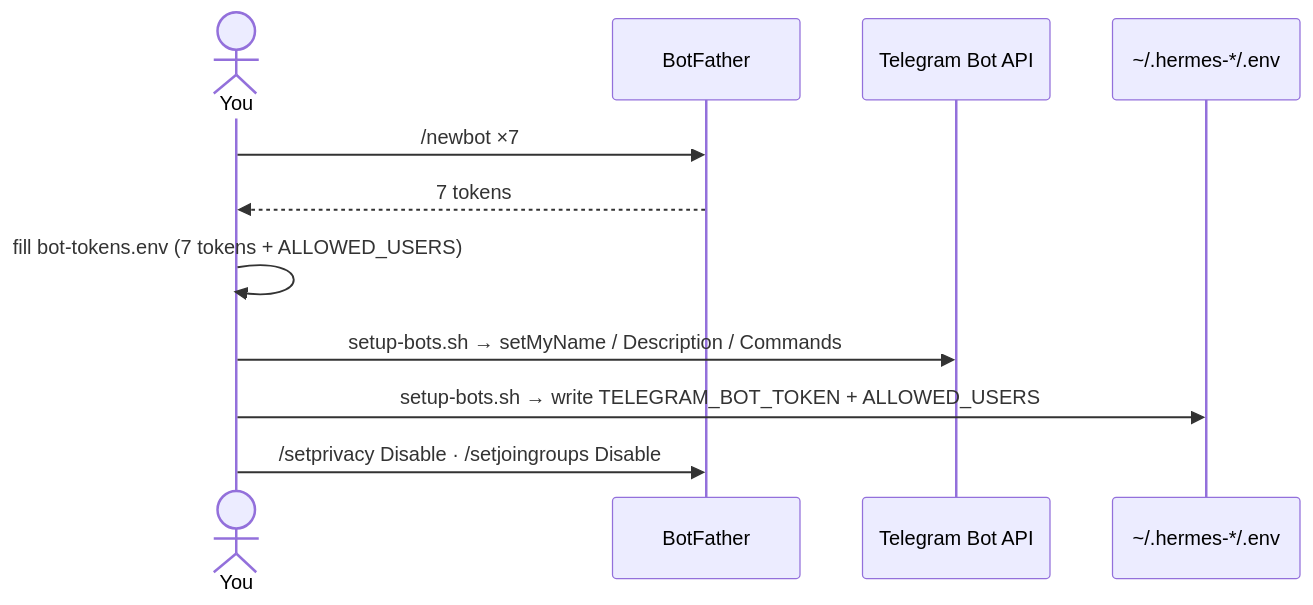
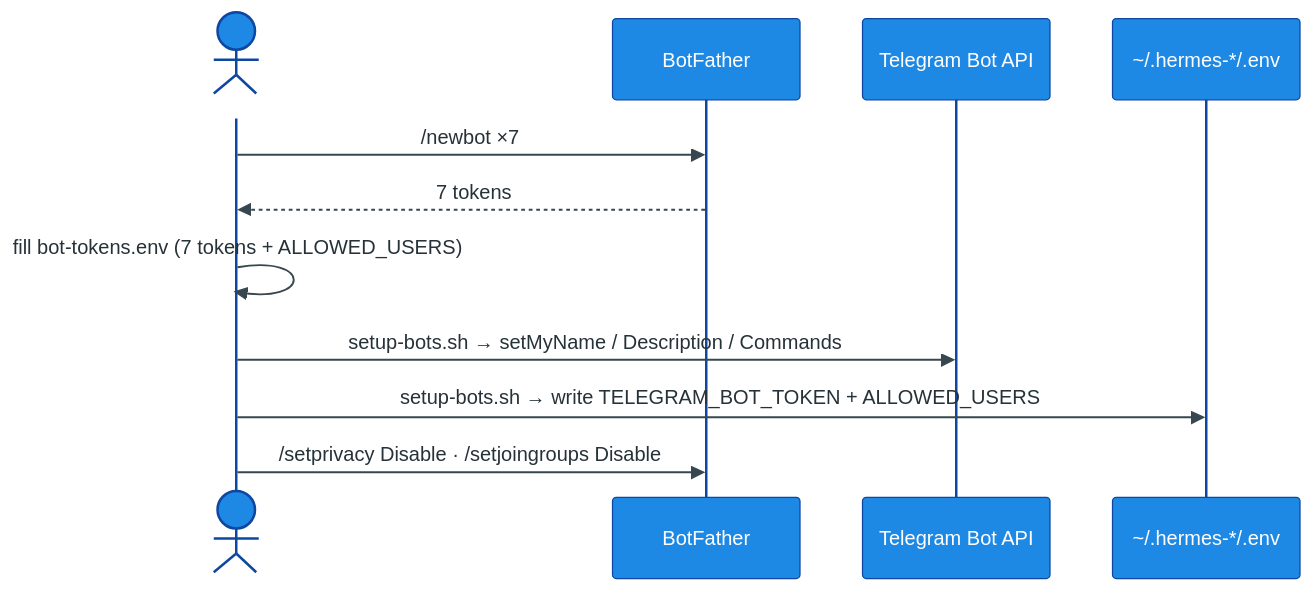
The diagram in docs/03-telegram-bots.md (mpolatcan/hermes-setup), drawn with Mermaid before and after one commit. The commit also changed 8 other files, not shown here.

First line of the commit message:
docs: Material Design styling on all diagrams + ASCII→mermaid

````diff
--- a/docs/03-telegram-bots.md
+++ b/docs/03-telegram-bots.md
@@ -7,13 +7,14 @@
 ```mermaid
+%%{init: {'theme':'base','themeVariables':{'actorBkg':'#1E88E5','actorBorder':'#0D47A1','actorTextColor':'#ffffff','signalColor':'#37474F','signalTextColor':'#263238','noteBkgColor':'#FFF3E0','noteBorderColor':'#FFB74D','noteTextColor':'#E65100','sequenceNumberColor':'#ffffff'}}}%%
 sequenceDiagram
     actor You
     participant BF as BotFather
     participant API as Telegram Bot API
     participant ENV as ~/.hermes-*/.env
     You->>BF: /newbot ×7
     BF-->>You: 7 tokens
     You->>You: fill bot-tokens.env (7 tokens + ALLOWED_USERS)
     You->>API: setup-bots.sh → setMyName / Description / Commands
     You->>ENV: setup-bots.sh → write TELEGRAM_BOT_TOKEN + ALLOWED_USERS
     You->>BF: /setprivacy Disable · /setjoingroups Disable
 ```
````
